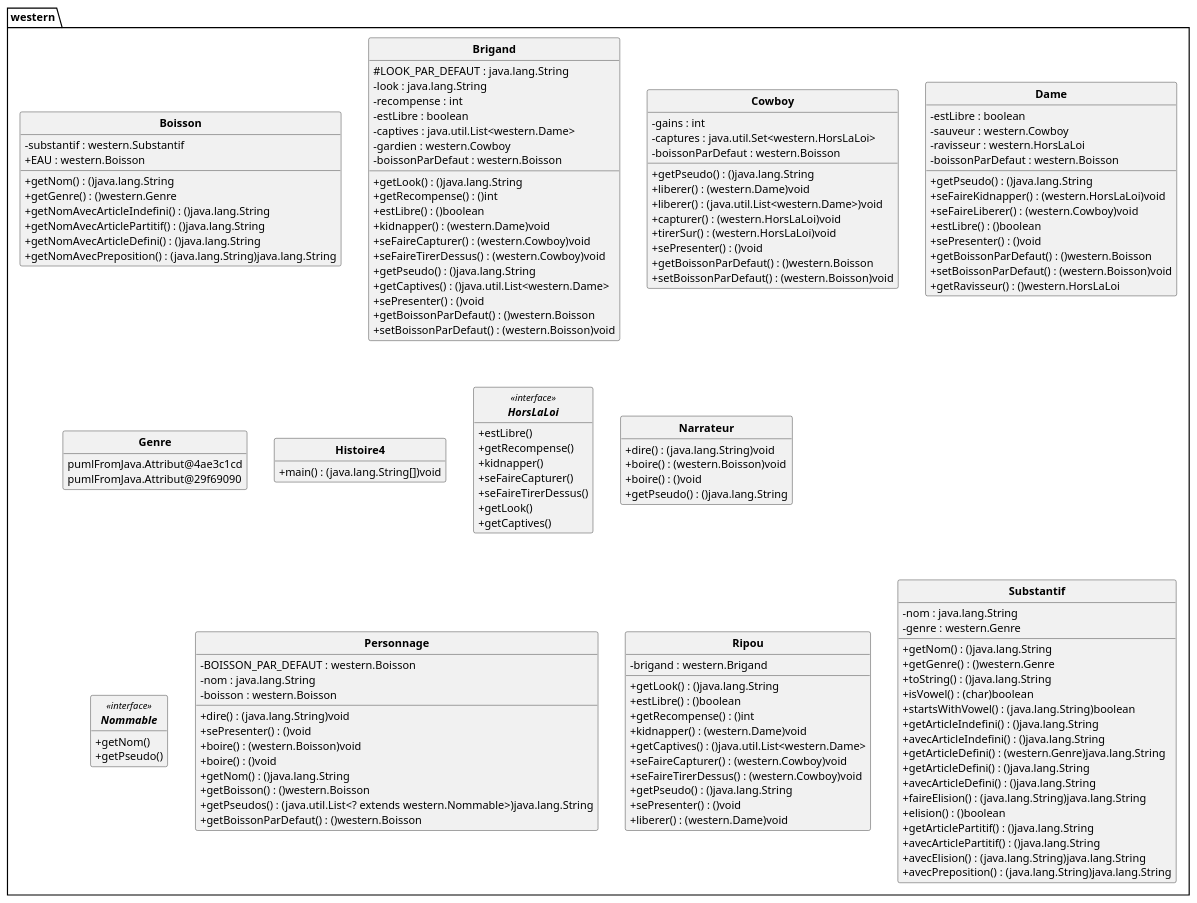
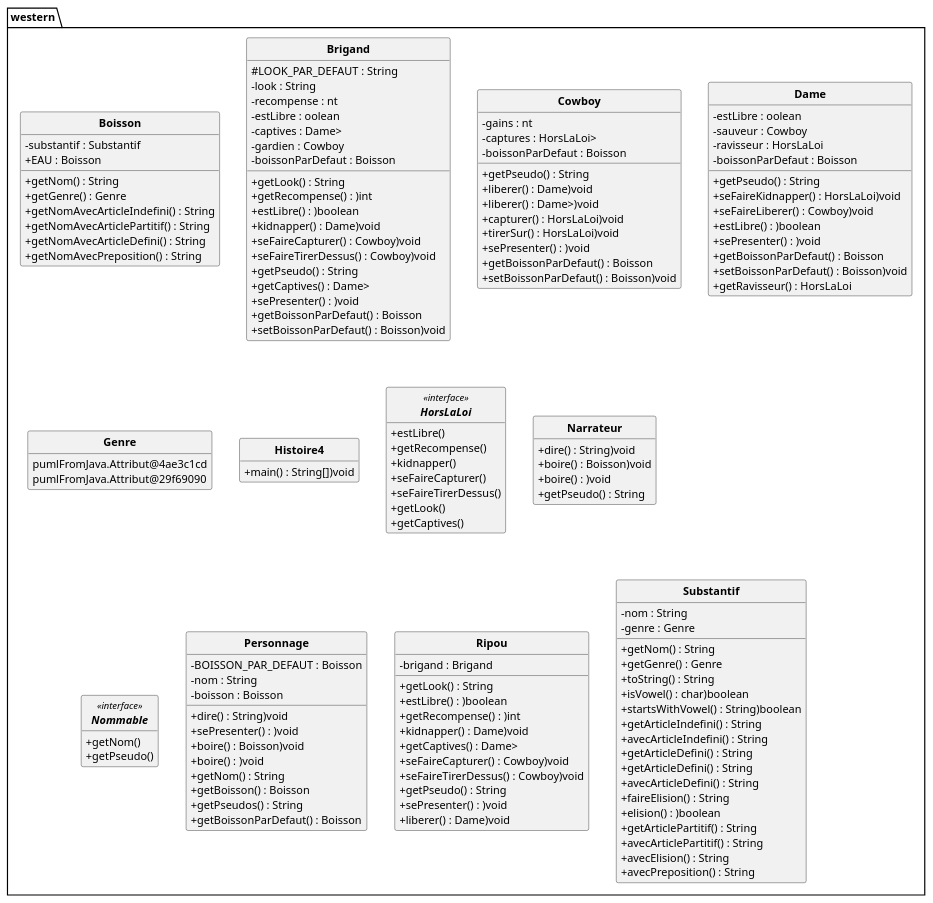
Before and after one commit to DimToups/Java-to-PUML-converter: the diagram in out/production/p21_projet/pumlFromJava/westernClass.puml, drawn with PlantUML. The commit also changed 4 other files, not shown here.

Commit message:
substring des types avec encore qques modifications à faire

```diff
--- a/out/production/p21_projet/pumlFromJava/westernClass.puml
+++ b/out/production/p21_projet/pumlFromJava/westernClass.puml
@@ -1,153 +1,153 @@
 @startuml
 'https://plantuml.com/class-diagram
 skinparam style strictuml
 skinparam classAttributeIconSize 0
 skinparam classFontStyle Bold
 
 hide empty members
 
 package western{
 class Boisson{
-- substantif : western.Substantif
-+ EAU : western.Boisson
-+ getNom() : ()java.lang.String
-+ getGenre() : ()western.Genre
-+ getNomAvecArticleIndefini() : ()java.lang.String
-+ getNomAvecArticlePartitif() : ()java.lang.String
-+ getNomAvecArticleDefini() : ()java.lang.String
-+ getNomAvecPreposition() : (java.lang.String)java.lang.String
+- substantif : Substantif
++ EAU : Boisson
++ getNom() : String
++ getGenre() : Genre
++ getNomAvecArticleIndefini() : String
++ getNomAvecArticlePartitif() : String
++ getNomAvecArticleDefini() : String
++ getNomAvecPreposition() : String
 }
 
 class Brigand{
-# LOOK_PAR_DEFAUT : java.lang.String
-- look : java.lang.String
-- recompense : int
-- estLibre : boolean
-- captives : java.util.List<western.Dame>
-- gardien : western.Cowboy
-- boissonParDefaut : western.Boisson
-+ getLook() : ()java.lang.String
-+ getRecompense() : ()int
-+ estLibre() : ()boolean
-+ kidnapper() : (western.Dame)void
-+ seFaireCapturer() : (western.Cowboy)void
-+ seFaireTirerDessus() : (western.Cowboy)void
-+ getPseudo() : ()java.lang.String
-+ getCaptives() : ()java.util.List<western.Dame>
-+ sePresenter() : ()void
-+ getBoissonParDefaut() : ()western.Boisson
-+ setBoissonParDefaut() : (western.Boisson)void
+# LOOK_PAR_DEFAUT : String
+- look : String
+- recompense : nt
+- estLibre : oolean
+- captives : Dame>
+- gardien : Cowboy
+- boissonParDefaut : Boisson
++ getLook() : String
++ getRecompense() : )int
++ estLibre() : )boolean
++ kidnapper() : Dame)void
++ seFaireCapturer() : Cowboy)void
++ seFaireTirerDessus() : Cowboy)void
++ getPseudo() : String
++ getCaptives() : Dame>
++ sePresenter() : )void
++ getBoissonParDefaut() : Boisson
++ setBoissonParDefaut() : Boisson)void
 }
 
 class Cowboy{
-- gains : int
-- captures : java.util.Set<western.HorsLaLoi>
-- boissonParDefaut : western.Boisson
-+ getPseudo() : ()java.lang.String
-+ liberer() : (western.Dame)void
-+ liberer() : (java.util.List<western.Dame>)void
-+ capturer() : (western.HorsLaLoi)void
-+ tirerSur() : (western.HorsLaLoi)void
-+ sePresenter() : ()void
-+ getBoissonParDefaut() : ()western.Boisson
-+ setBoissonParDefaut() : (western.Boisson)void
+- gains : nt
+- captures : HorsLaLoi>
+- boissonParDefaut : Boisson
++ getPseudo() : String
++ liberer() : Dame)void
++ liberer() : Dame>)void
++ capturer() : HorsLaLoi)void
++ tirerSur() : HorsLaLoi)void
++ sePresenter() : )void
++ getBoissonParDefaut() : Boisson
++ setBoissonParDefaut() : Boisson)void
 }
 
 class Dame{
-- estLibre : boolean
-- sauveur : western.Cowboy
-- ravisseur : western.HorsLaLoi
-- boissonParDefaut : western.Boisson
-+ getPseudo() : ()java.lang.String
-+ seFaireKidnapper() : (western.HorsLaLoi)void
-+ seFaireLiberer() : (western.Cowboy)void
-+ estLibre() : ()boolean
-+ sePresenter() : ()void
-+ getBoissonParDefaut() : ()western.Boisson
-+ setBoissonParDefaut() : (western.Boisson)void
-+ getRavisseur() : ()western.HorsLaLoi
+- estLibre : oolean
+- sauveur : Cowboy
+- ravisseur : HorsLaLoi
+- boissonParDefaut : Boisson
++ getPseudo() : String
++ seFaireKidnapper() : HorsLaLoi)void
++ seFaireLiberer() : Cowboy)void
++ estLibre() : )boolean
++ sePresenter() : )void
++ getBoissonParDefaut() : Boisson
++ setBoissonParDefaut() : Boisson)void
++ getRavisseur() : HorsLaLoi
 }
 
 class Genre{
 pumlFromJava.Attribut@4ae3c1cd
 pumlFromJava.Attribut@29f69090
 }
 
 class Histoire4{
-+ main() : (java.lang.String[])void
++ main() : String[])void
 }
 
 interface HorsLaLoi<<interface>>{
 + estLibre()
 + getRecompense()
 + kidnapper()
 + seFaireCapturer()
 + seFaireTirerDessus()
 + getLook()
 + getCaptives()
 }
 
 class Narrateur{
-+ dire() : (java.lang.String)void
-+ boire() : (western.Boisson)void
-+ boire() : ()void
-+ getPseudo() : ()java.lang.String
++ dire() : String)void
++ boire() : Boisson)void
++ boire() : )void
++ getPseudo() : String
 }
 
 interface Nommable<<interface>>{
 + getNom()
 + getPseudo()
 }
 
 class Personnage{
-- BOISSON_PAR_DEFAUT : western.Boisson
-- nom : java.lang.String
-- boisson : western.Boisson
-+ dire() : (java.lang.String)void
-+ sePresenter() : ()void
-+ boire() : (western.Boisson)void
-+ boire() : ()void
-+ getNom() : ()java.lang.String
-+ getBoisson() : ()western.Boisson
-+ getPseudos() : (java.util.List<? extends western.Nommable>)java.lang.String
-+ getBoissonParDefaut() : ()western.Boisson
+- BOISSON_PAR_DEFAUT : Boisson
+- nom : String
+- boisson : Boisson
++ dire() : String)void
++ sePresenter() : )void
++ boire() : Boisson)void
++ boire() : )void
++ getNom() : String
++ getBoisson() : Boisson
++ getPseudos() : String
++ getBoissonParDefaut() : Boisson
 }
 
 class Ripou{
-- brigand : western.Brigand
-+ getLook() : ()java.lang.String
-+ estLibre() : ()boolean
-+ getRecompense() : ()int
-+ kidnapper() : (western.Dame)void
-+ getCaptives() : ()java.util.List<western.Dame>
-+ seFaireCapturer() : (western.Cowboy)void
-+ seFaireTirerDessus() : (western.Cowboy)void
-+ getPseudo() : ()java.lang.String
-+ sePresenter() : ()void
-+ liberer() : (western.Dame)void
+- brigand : Brigand
++ getLook() : String
++ estLibre() : )boolean
++ getRecompense() : )int
++ kidnapper() : Dame)void
++ getCaptives() : Dame>
++ seFaireCapturer() : Cowboy)void
++ seFaireTirerDessus() : Cowboy)void
++ getPseudo() : String
++ sePresenter() : )void
++ liberer() : Dame)void
 }
 
 class Substantif{
-- nom : java.lang.String
-- genre : western.Genre
-+ getNom() : ()java.lang.String
-+ getGenre() : ()western.Genre
-+ toString() : ()java.lang.String
-+ isVowel() : (char)boolean
-+ startsWithVowel() : (java.lang.String)boolean
-+ getArticleIndefini() : ()java.lang.String
-+ avecArticleIndefini() : ()java.lang.String
-+ getArticleDefini() : (western.Genre)java.lang.String
-+ getArticleDefini() : ()java.lang.String
-+ avecArticleDefini() : ()java.lang.String
-+ faireElision() : (java.lang.String)java.lang.String
-+ elision() : ()boolean
-+ getArticlePartitif() : ()java.lang.String
-+ avecArticlePartitif() : ()java.lang.String
-+ avecElision() : (java.lang.String)java.lang.String
-+ avecPreposition() : (java.lang.String)java.lang.String
+- nom : String
+- genre : Genre
++ getNom() : String
++ getGenre() : Genre
++ toString() : String
++ isVowel() : char)boolean
++ startsWithVowel() : String)boolean
++ getArticleIndefini() : String
++ avecArticleIndefini() : String
++ getArticleDefini() : String
++ getArticleDefini() : String
++ avecArticleDefini() : String
++ faireElision() : String
++ elision() : )boolean
++ getArticlePartitif() : String
++ avecArticlePartitif() : String
++ avecElision() : String
++ avecPreposition() : String
 }
 
 
 }
 @enduml
```
